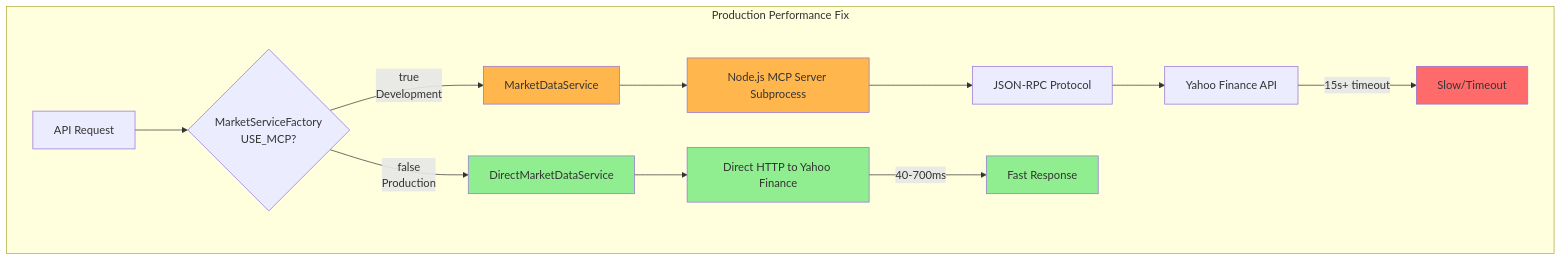
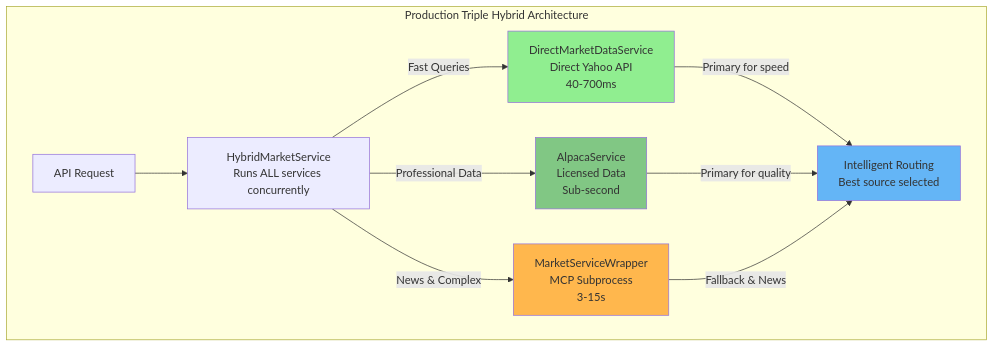
Diagram 18 of 29 in mermaid.md (ChipsMetaverse/gvses-market-insights), drawn with Mermaid before and after one commit. The commit also changed other lines of this file and 1 other file, not shown here.

First line of the commit message:
Update architecture documentation to reflect current state

````diff
--- a/mermaid.md
+++ b/mermaid.md
@@ -681,24 +702,19 @@
 ```mermaid
 graph TB
-    subgraph "Production Performance Fix"
-        Request[API Request] --> Factory{MarketServiceFactory<br/>USE_MCP?}
+    subgraph "Production Triple Hybrid Architecture"
+        Request[API Request] --> HybridService[HybridMarketService<br/>Runs ALL services concurrently]
         
-        Factory -->|false<br/>Production| Direct[DirectMarketDataService]
-        Factory -->|true<br/>Development| MCP[MarketDataService]
+        HybridService -->|Fast Queries| Direct[DirectMarketDataService<br/>Direct Yahoo API<br/>40-700ms]
+        HybridService -->|Professional Data| Alpaca[AlpacaService<br/>Licensed Data<br/>Sub-second]
+        HybridService -->|News & Complex| MCP[MarketServiceWrapper<br/>MCP Subprocess<br/>3-15s]
         
-        Direct --> DirectAPI[Direct HTTP to Yahoo Finance]
-        MCP --> Subprocess[Node.js MCP Server Subprocess]
-        Subprocess --> JSONRPC[JSON-RPC Protocol]
-        JSONRPC --> YahooAPI[Yahoo Finance API]
+        Direct -->|Primary for speed| Response[Intelligent Routing<br/>Best source selected]
+        Alpaca -->|Primary for quality| Response
+        MCP -->|Fallback & News| Response
         
-        DirectAPI -->|40-700ms| Response[Fast Response]
-        YahooAPI -->|15s+ timeout| SlowResponse[Slow/Timeout]
+        style Direct fill:#90EE90
+        style Alpaca fill:#81C784
+        style MCP fill:#FFB74D
+        style Response fill:#64B5F6
     end
-    
-    style Direct fill:#90EE90
-    style DirectAPI fill:#90EE90
-    style Response fill:#90EE90
-    style MCP fill:#FFB74D
-    style Subprocess fill:#FFB74D
-    style SlowResponse fill:#FF6B6B
 ```
````
